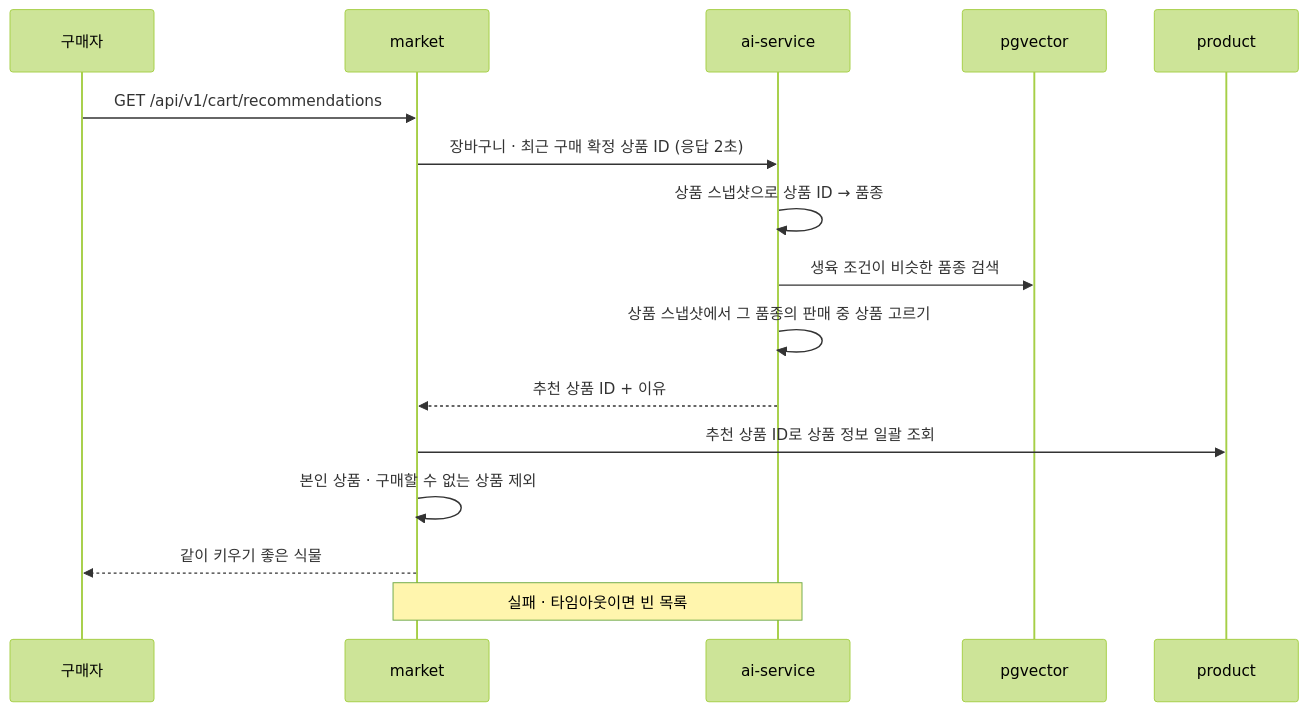
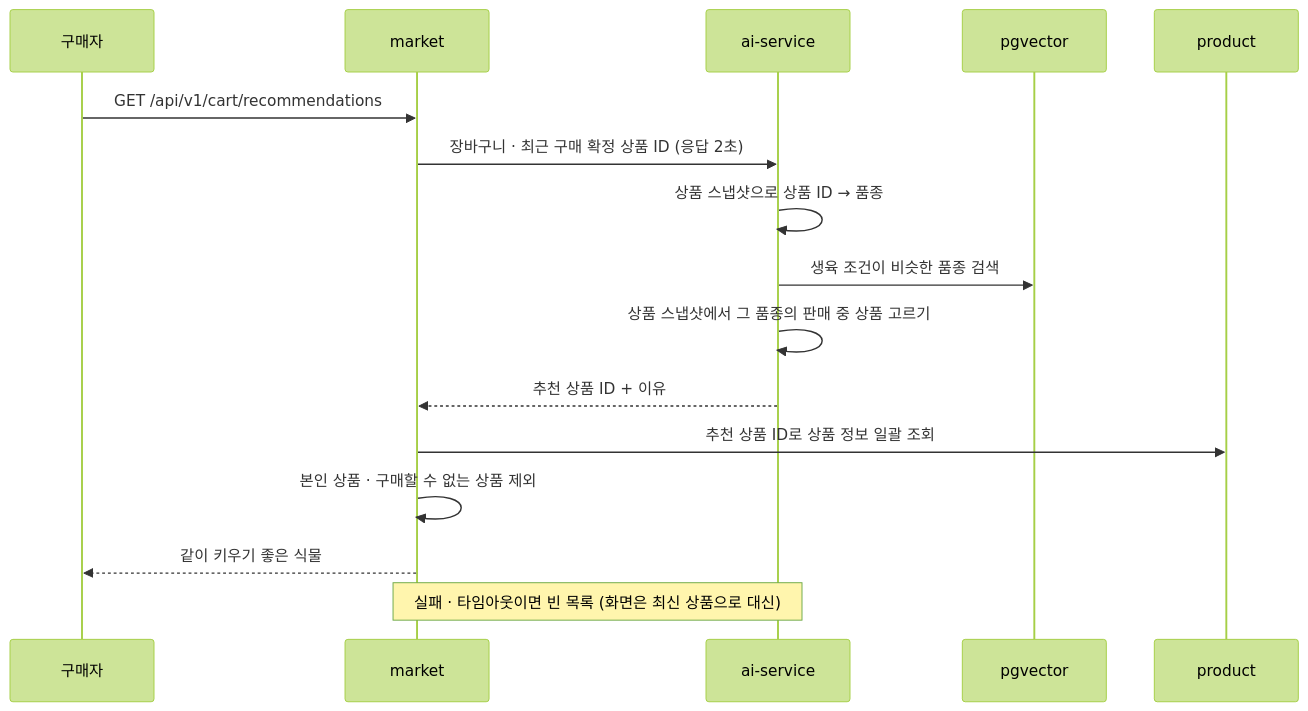
Before and after one commit to prgrms-be-adv-devcourse/beadv8_8_JustCommit_BE: the diagram in docs/flows/search-recommend.md, drawn with Mermaid (forest theme). The commit also changed other lines of this file and 5 other files, not shown here.

````diff
--- a/docs/flows/search-recommend.md
+++ b/docs/flows/search-recommend.md
@@ -39,18 +39,18 @@
 ```mermaid
 sequenceDiagram
     participant U as 구매자
     participant M as market
     participant AI as ai-service
     participant V as pgvector
     participant PR as product
     U->>M: GET /api/v1/cart/recommendations
     M->>AI: 장바구니 · 최근 구매 확정 상품 ID (응답 2초)
     AI->>AI: 상품 스냅샷으로 상품 ID → 품종
     AI->>V: 생육 조건이 비슷한 품종 검색
     AI->>AI: 상품 스냅샷에서 그 품종의 판매 중 상품 고르기
     AI-->>M: 추천 상품 ID + 이유
     M->>PR: 추천 상품 ID로 상품 정보 일괄 조회
     M->>M: 본인 상품 · 구매할 수 없는 상품 제외
     M-->>U: 같이 키우기 좋은 식물
-    Note over M,AI: 실패 · 타임아웃이면 빈 목록
+    Note over M,AI: 실패 · 타임아웃이면 빈 목록 (화면은 최신 상품으로 대신)
 ```
````
